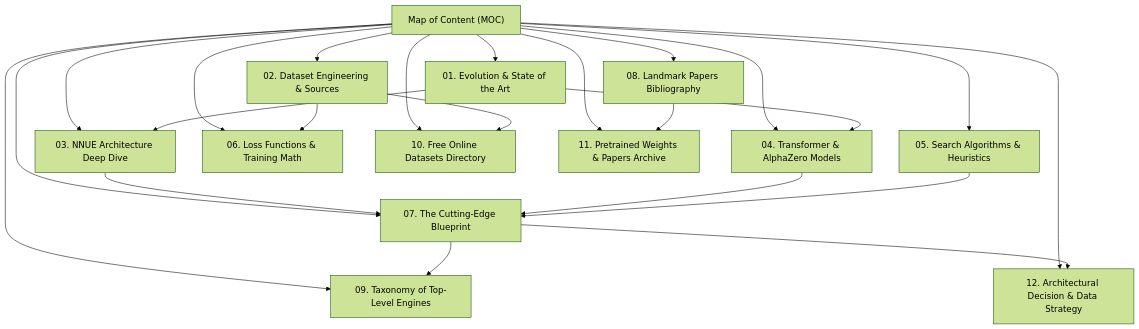
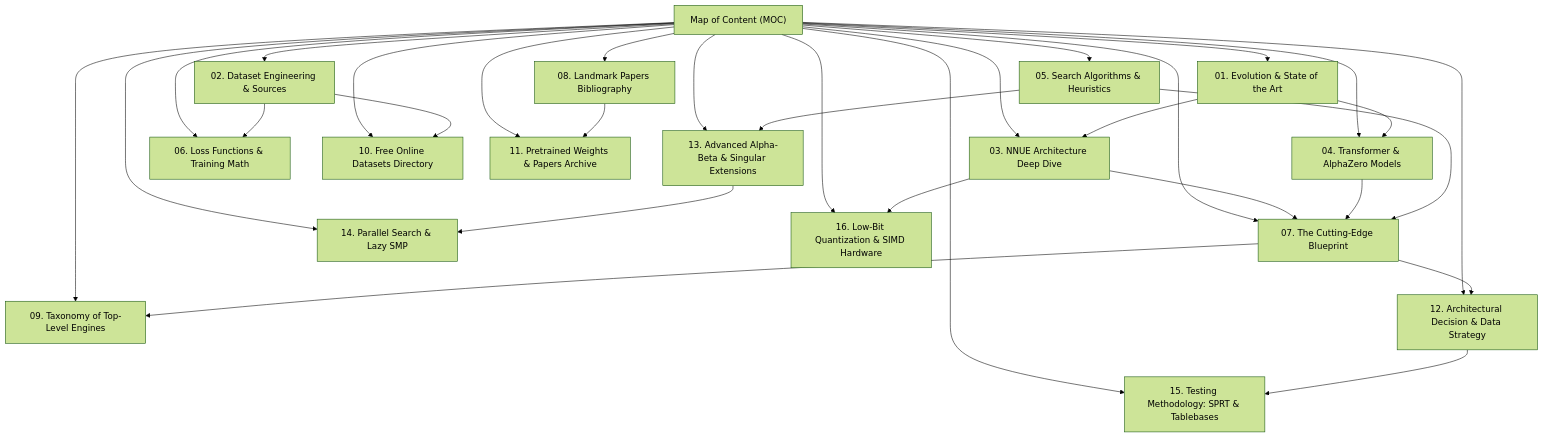
One commit to hammadshakeelai/apex-chess-engine changed the diagram in obsidian-vault/00-Index-Map-of-Content.md. Above: the diagram before and after it, drawn with Mermaid (forest theme). The commit also changed 4 other files, not shown here.

Commit message:
docs: add advanced research whitepapers (Singular Extensions, Lazy SMP, SPRT testing, SIMD/VNNI quantization)

````diff
--- a/obsidian-vault/00-Index-Map-of-Content.md
+++ b/obsidian-vault/00-Index-Map-of-Content.md
@@ -12,27 +12,35 @@
 ```mermaid
 flowchart TD
     Index["Map of Content (MOC)"]
     Index --> Hist["01. Evolution & State of the Art"]
     Index --> Data["02. Dataset Engineering & Sources"]
     Index --> NNUE["03. NNUE Architecture Deep Dive"]
     Index --> Trans["04. Transformer & AlphaZero Models"]
     Index --> Search["05. Search Algorithms & Heuristics"]
     Index --> Math["06. Loss Functions & Training Math"]
     Index --> Blue["07. The Cutting-Edge Blueprint"]
     Index --> Bib["08. Landmark Papers Bibliography"]
     Index --> Tax["09. Taxonomy of Top-Level Engines"]
     Index --> FreeData["10. Free Online Datasets Directory"]
     Index --> Weights["11. Pretrained Weights & Papers Archive"]
     Index --> Strategy["12. Architectural Decision & Data Strategy"]
+    Index --> AdvSearch["13. Advanced Alpha-Beta & Singular Extensions"]
+    Index --> LazySMP["14. Parallel Search & Lazy SMP"]
+    Index --> Testing["15. Testing Methodology: SPRT & Tablebases"]
+    Index --> SIMD["16. Low-Bit Quantization & SIMD Hardware"]
 
     Hist --> NNUE
     Hist --> Trans
     Data --> Math
     NNUE --> Blue
     Trans --> Blue
     Search --> Blue
     Blue --> Tax
     Data --> FreeData
     Bib --> Weights
     Blue --> Strategy
+    Search --> AdvSearch
+    AdvSearch --> LazySMP
+    Strategy --> Testing
+    NNUE --> SIMD
 ```
````
